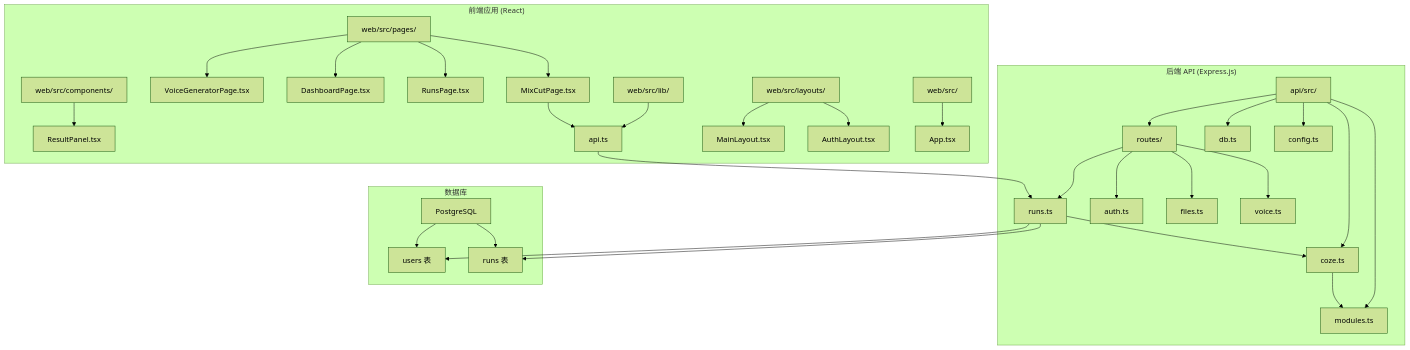
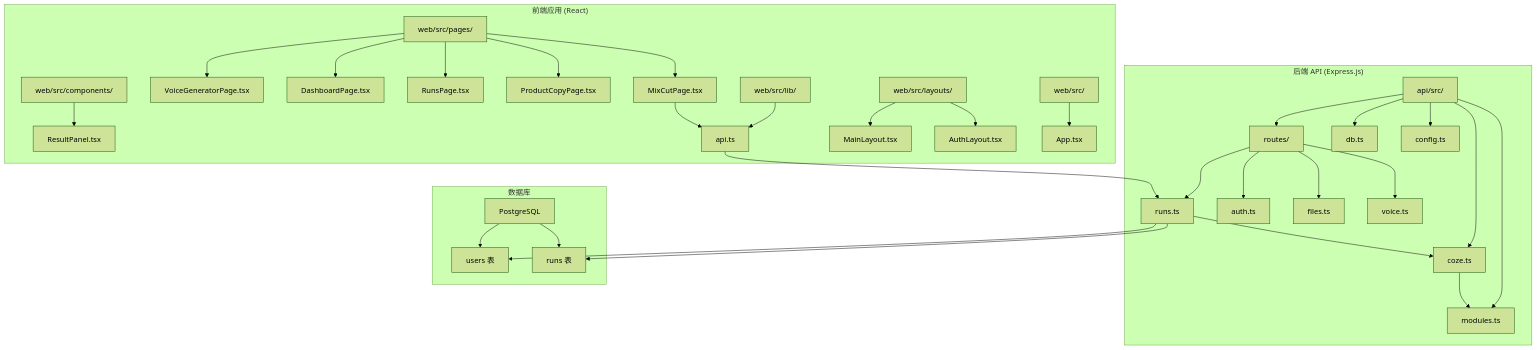
Before and after one commit to hanksd769-droid/sailshub: the first of 11 diagrams in .qoder/repowiki/zh/content/前端组件架构/页面组件/混剪功能页面.md, drawn with Mermaid (forest theme). The commit also changed other lines of this file and 3 other files, not shown here.

````diff
--- a/.qoder/repowiki/zh/content/前端组件架构/页面组件/混剪功能页面.md
+++ b/.qoder/repowiki/zh/content/前端组件架构/页面组件/混剪功能页面.md
@@ -45,35 +58,36 @@
 ```mermaid
 graph TB
 subgraph "前端应用 (React)"
 A[web/src/pages/] --> A1[MixCutPage.tsx]
 A --> A2[VoiceGeneratorPage.tsx]
 A --> A3[DashboardPage.tsx]
 A --> A4[RunsPage.tsx]
+A --> A5[ProductCopyPage.tsx]
 B[web/src/components/] --> B1[ResultPanel.tsx]
 C[web/src/lib/] --> C1[api.ts]
 D[web/src/layouts/] --> D1[MainLayout.tsx]
 D --> D2[AuthLayout.tsx]
 E[web/src/] --> E1[App.tsx]
 end
 subgraph "后端 API (Express.js)"
 F[api/src/] --> F1[routes/]
 F --> F2[modules.ts]
 F --> F3[coze.ts]
 F --> F4[db.ts]
 F --> F5[config.ts]
 F1 --> F11[runs.ts]
 F1 --> F12[auth.ts]
 F1 --> F13[files.ts]
 F1 --> F14[voice.ts]
 end
 subgraph "数据库"
 G[PostgreSQL] --> G1[users 表]
 G --> G2[runs 表]
 end
 A1 --> C1
 C1 --> F11
 F11 --> F3
 F3 --> F2
 F11 --> G1
 F11 --> G2
 ```
````
